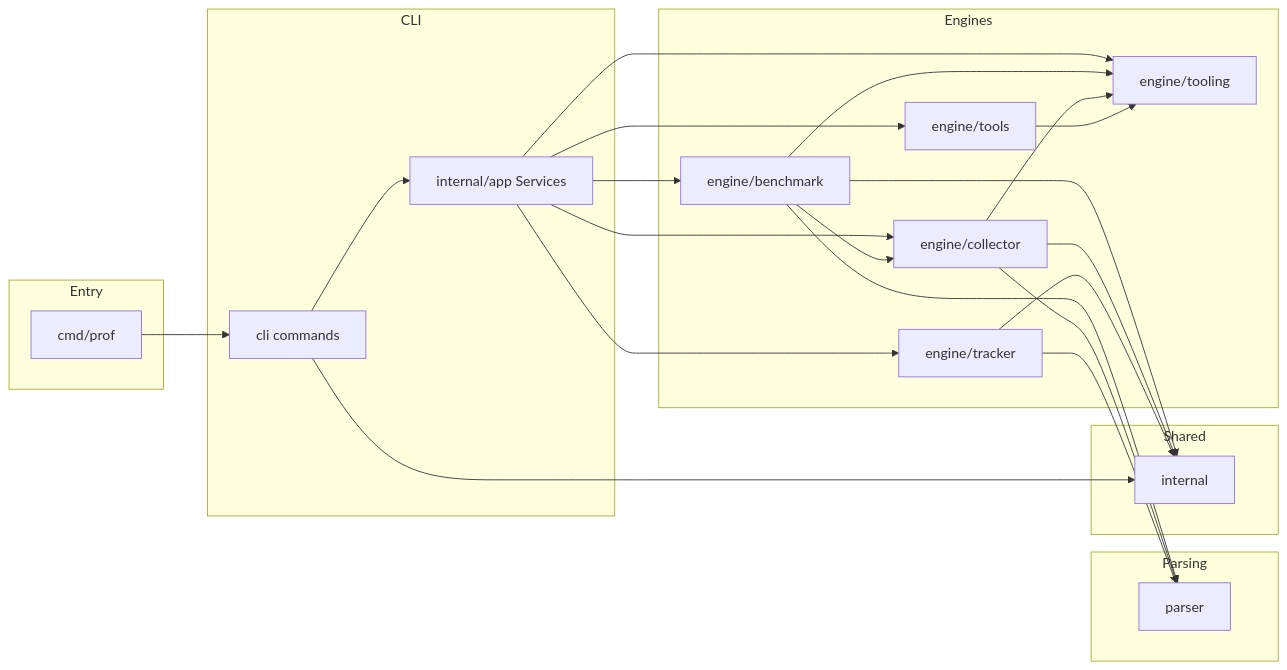
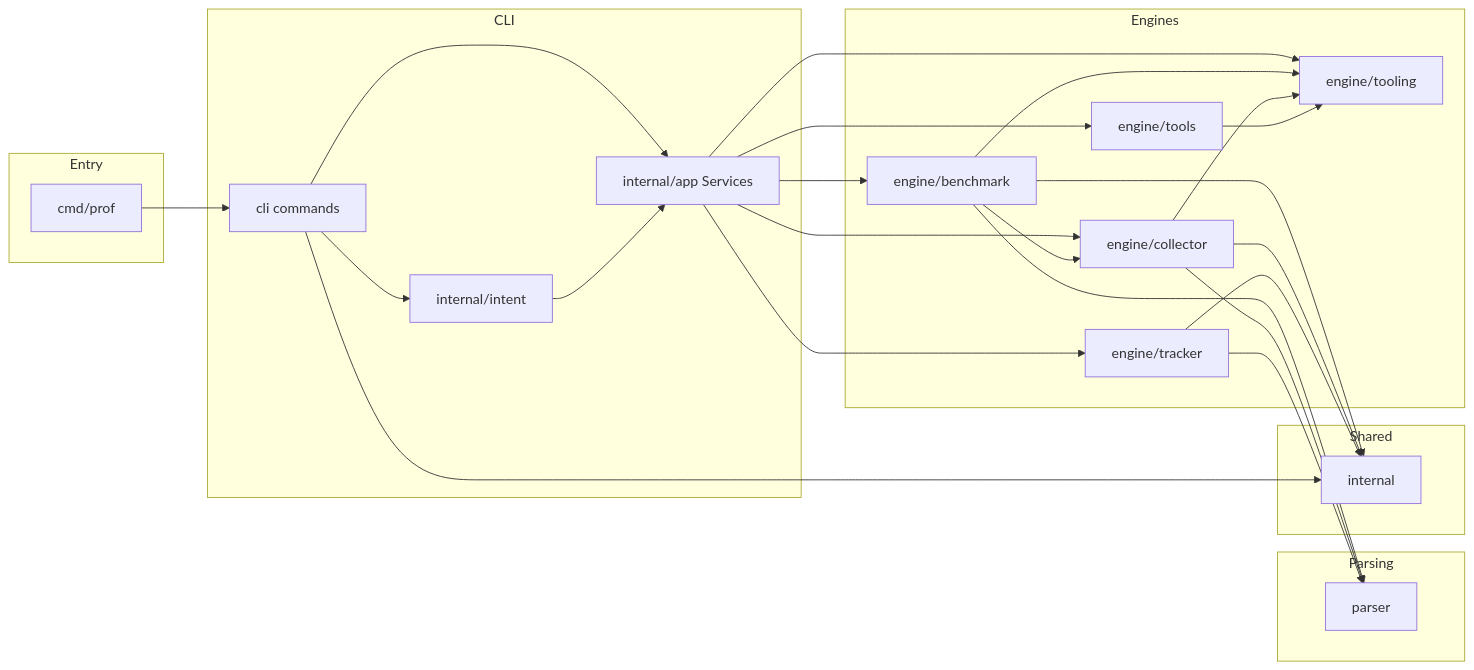
The diagram in CODEBASE_DESIGN.md (AlexsanderHamir/prof), drawn with Mermaid before and after one commit. The commit also changed other lines of this file and 15 other files, not shown here.

First line of the commit message:
feat: add internal/intent translation layer for prof ui and tui

````diff
--- a/CODEBASE_DESIGN.md
+++ b/CODEBASE_DESIGN.md
@@ -17,41 +18,44 @@
 ```mermaid
 flowchart LR
   subgraph entry [Entry]
     cmd[cmd/prof]
   end
   subgraph cli [CLI]
     cobra[cli commands]
+    intentPkg[internal/intent]
     app[internal/app Services]
   end
   subgraph engines [Engines]
     bench[engine/benchmark]
     coll[engine/collector]
     track[engine/tracker]
     tools[engine/tools]
     ttool[engine/tooling]
   end
   subgraph parsing [Parsing]
     parser[parser]
   end
   subgraph shared [Shared]
     internalPkg[internal]
   end
   cmd --> cobra
+  cobra --> intentPkg
   cobra --> app
+  intentPkg --> app
   app --> bench
   app --> coll
   app --> track
   app --> tools
   app --> ttool
   bench --> ttool
   coll --> ttool
   tools --> ttool
   bench --> coll
   bench --> parser
   coll --> parser
   track --> parser
   bench --> internalPkg
   coll --> internalPkg
   track --> internalPkg
   cobra --> internalPkg
 ```
````
